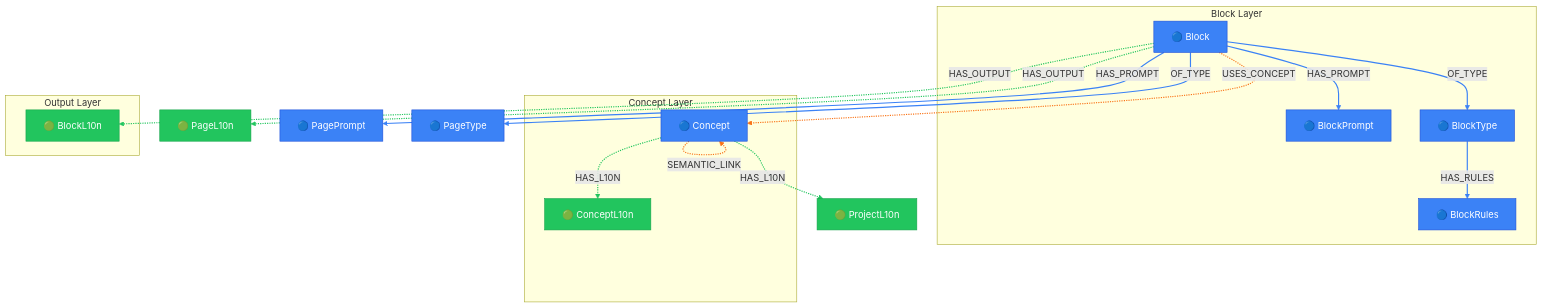
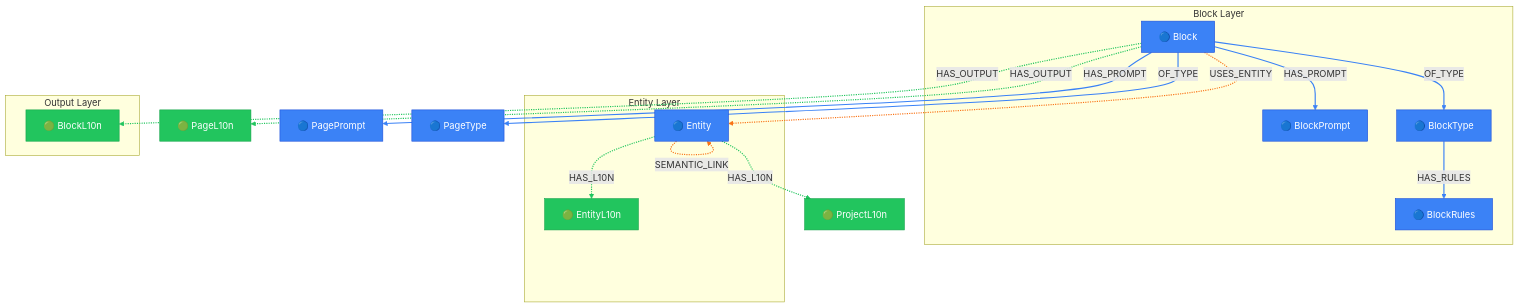
The diagram in packages/core/models/docs/block-generation.md (supernovae-st/novanet), drawn with Mermaid before and after one commit. The commit also changed other lines of this file and 42 other files, not shown here.

First line of the commit message:
refactor(core): complete v10.3 Entity-Centric Architecture cleanup

````diff
--- a/packages/core/models/docs/block-generation.md
+++ b/packages/core/models/docs/block-generation.md
@@ -26,65 +26,65 @@
 ```mermaid
 flowchart TB
   %% View: Block Generation Context (block-generation)
   %% 11 nodes, 11 edges
 
   %% Trait styling (node_trait)
   classDef invariant fill:#3b82f6,stroke:#1d4ed8,color:#fff
   classDef localized fill:#22c55e,stroke:#16a34a,color:#fff
   classDef knowledge fill:#8b5cf6,stroke:#7c3aed,color:#fff
   classDef derived fill:#9ca3af,stroke:#6b7280,color:#fff
   classDef job fill:#6b7280,stroke:#4b5563,color:#fff
 
   subgraph BLOCK_LAYER["Block Layer"]
     Block["🔵 Block"]
     BlockPrompt["🔵 BlockPrompt"]
     BlockType["🔵 BlockType"]
     BlockRules["🔵 BlockRules"]
   end
 
-  subgraph CONCEPT_LAYER["Concept Layer"]
-    Concept["🔵 Concept"]
-    ConceptL10n["🟢 ConceptL10n"]
+  subgraph ENTITY_LAYER["Entity Layer"]
+    Entity["🔵 Entity"]
+    EntityL10n["🟢 EntityL10n"]
   end
 
   subgraph OUTPUT_LAYER["Output Layer"]
     BlockL10n["🟢 BlockL10n"]
   end
 
   %% Additional reachable nodes
   PageL10n["🟢 PageL10n"]
   PagePrompt["🔵 PagePrompt"]
   PageType["🔵 PageType"]
   ProjectL10n["🟢 ProjectL10n"]
 
   %% Relationships (styled by arc family)
   Block -.->|HAS_OUTPUT| BlockL10n
   Block -.->|HAS_OUTPUT| PageL10n
   Block -->|HAS_PROMPT| BlockPrompt
   Block -->|HAS_PROMPT| PagePrompt
   Block -->|OF_TYPE| BlockType
   Block -->|OF_TYPE| PageType
-  Block -.->|USES_CONCEPT| Concept
+  Block -.->|USES_ENTITY| Entity
   BlockType -->|HAS_RULES| BlockRules
-  Concept -.->|HAS_L10N| ConceptL10n
-  Concept -.->|HAS_L10N| ProjectL10n
-  Concept -.->|SEMANTIC_LINK| Concept
+  Entity -.->|HAS_L10N| EntityL10n
+  Entity -.->|HAS_L10N| ProjectL10n
+  Entity -.->|SEMANTIC_LINK| Entity
 
   %% Edge colors by family
   linkStyle 0,1,8,9 stroke:#22c55e,stroke-width:2px
   linkStyle 2,3,4,5,7 stroke:#3b82f6,stroke-width:2px
   linkStyle 6,10 stroke:#f97316,stroke-width:2px
 
   %% Class assignments
   class Block invariant
   class BlockL10n localized
   class BlockPrompt invariant
   class BlockRules invariant
   class BlockType invariant
-  class Concept invariant
-  class ConceptL10n localized
+  class Entity invariant
+  class EntityL10n localized
   class PageL10n localized
   class PagePrompt invariant
   class PageType invariant
   class ProjectL10n localized
 ```
````
